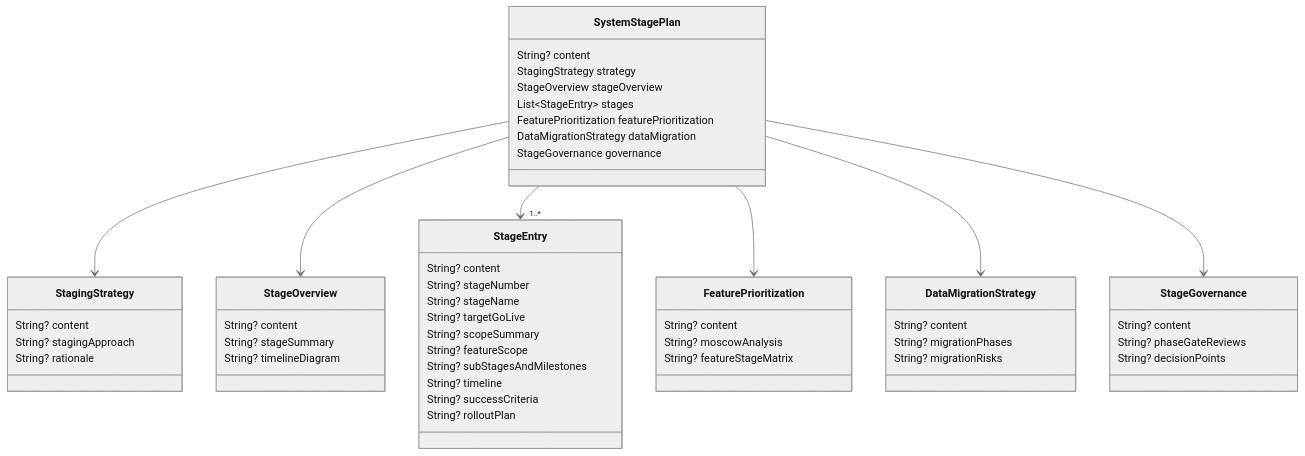
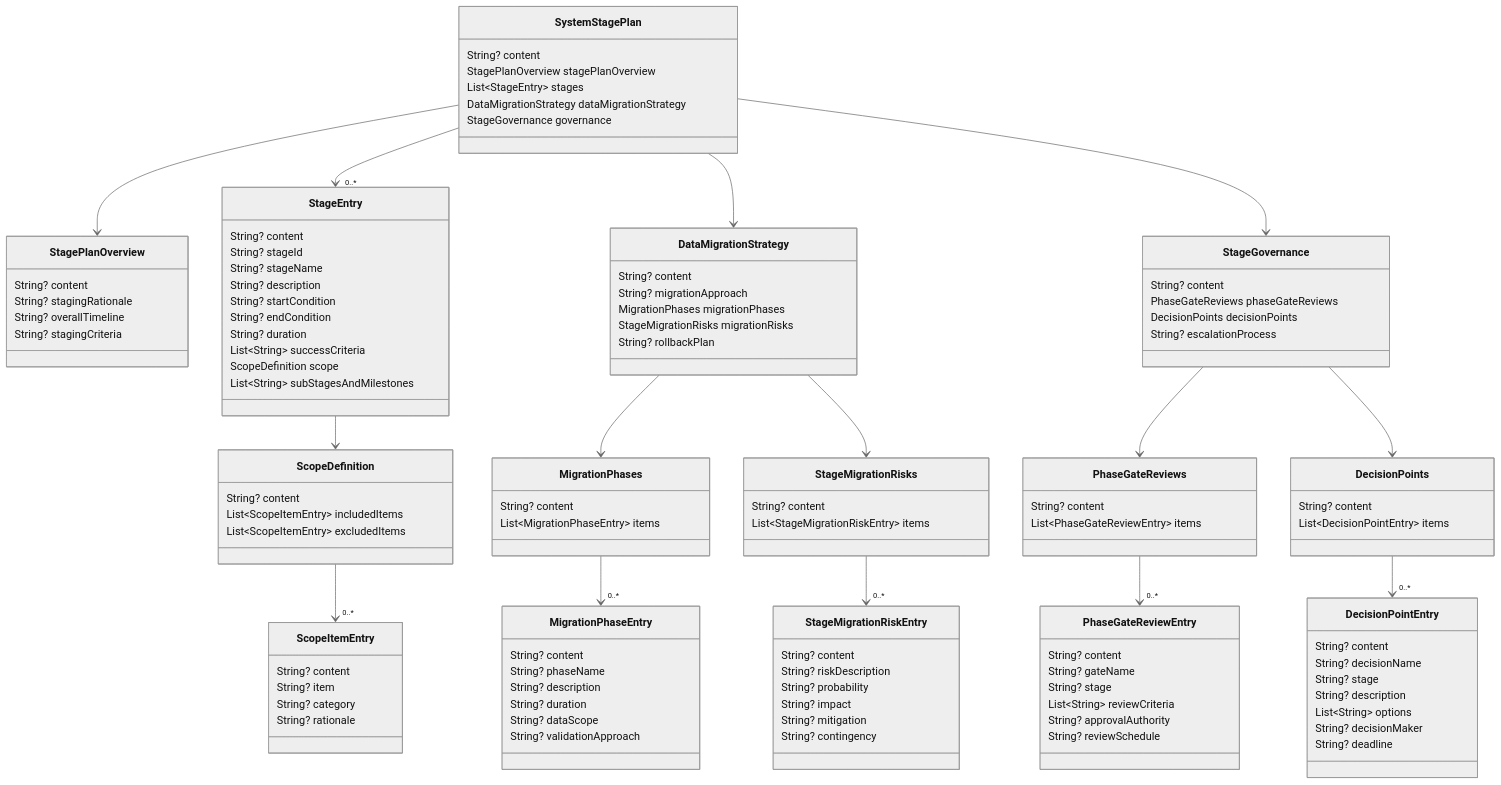
One commit to al-the-bear/tom_ai_build changed diagram 21 of 22 in tom_specs_model/doc/pd_project_definition_model.md. Above: the diagram before and after it, drawn with Mermaid (neutral theme). The commit also changed other lines of this file and 15 other files, not shown here.

````diff
--- a/tom_specs_model/doc/pd_project_definition_model.md
+++ b/tom_specs_model/doc/pd_project_definition_model.md
@@ -1396,61 +1776,129 @@
 classDiagram
     class SystemStagePlan {
         String? content
-        StagingStrategy strategy
-        StageOverview stageOverview
+        StagePlanOverview stagePlanOverview
         List~StageEntry~ stages
-        FeaturePrioritization featurePrioritization
-        DataMigrationStrategy dataMigration
+        DataMigrationStrategy dataMigrationStrategy
         StageGovernance governance
     }
 
-    class StagingStrategy {
+    class StagePlanOverview {
         String? content
-        String? stagingApproach
-        String? rationale
-    }
-
-    class StageOverview {
-        String? content
-        String? stageSummary
-        String? timelineDiagram
+        String? stagingRationale
+        String? overallTimeline
+        String? stagingCriteria
     }
 
     class StageEntry {
         String? content
-        String? stageNumber
+        String? stageId
         String? stageName
-        String? targetGoLive
-        String? scopeSummary
-        String? featureScope
-        String? subStagesAndMilestones
-        String? timeline
-        String? successCriteria
-        String? rolloutPlan
+        String? description
+        String? startCondition
+        String? endCondition
+        String? duration
+        List~String~ successCriteria
+        ScopeDefinition scope
+        List~String~ subStagesAndMilestones
     }
 
-    class FeaturePrioritization {
+    class ScopeDefinition {
         String? content
-        String? moscowAnalysis
-        String? featureStageMatrix
+        List~ScopeItemEntry~ includedItems
+        List~ScopeItemEntry~ excludedItems
+    }
+
+    class ScopeItemEntry {
+        String? content
+        String? item
+        String? category
+        String? rationale
     }
 
     class DataMigrationStrategy {
         String? content
-        String? migrationPhases
-        String? migrationRisks
+        String? migrationApproach
+        MigrationPhases migrationPhases
+        StageMigrationRisks migrationRisks
+        String? rollbackPlan
+    }
+
+    class MigrationPhases {
+        String? content
+        List~MigrationPhaseEntry~ items
+    }
+
+    class MigrationPhaseEntry {
+        String? content
+        String? phaseName
+        String? description
+        String? duration
+        String? dataScope
+        String? validationApproach
+    }
+
+    class StageMigrationRisks {
+        String? content
+        List~StageMigrationRiskEntry~ items
+    }
+
+    class StageMigrationRiskEntry {
+        String? content
+        String? riskDescription
+        String? probability
+        String? impact
+        String? mitigation
+        String? contingency
     }
 
     class StageGovernance {
         String? content
-        String? phaseGateReviews
-        String? decisionPoints
+        PhaseGateReviews phaseGateReviews
+        DecisionPoints decisionPoints
+        String? escalationProcess
     }
 
-    SystemStagePlan --> StagingStrategy
-    SystemStagePlan --> StageOverview
-    SystemStagePlan --> "1..*" StageEntry
-    SystemStagePlan --> FeaturePrioritization
+    class PhaseGateReviews {
+        String? content
+        List~PhaseGateReviewEntry~ items
+    }
+
+    class PhaseGateReviewEntry {
+        String? content
+        String? gateName
+        String? stage
+        List~String~ reviewCriteria
+        String? approvalAuthority
+        String? reviewSchedule
+    }
+
+    class DecisionPoints {
+        String? content
+        List~DecisionPointEntry~ items
+    }
+
+    class DecisionPointEntry {
+        String? content
+        String? decisionName
+        String? stage
+        String? description
+        List~String~ options
+        String? decisionMaker
+        String? deadline
+    }
+
+    SystemStagePlan --> StagePlanOverview
+    SystemStagePlan --> "0..*" StageEntry
     SystemStagePlan --> DataMigrationStrategy
     SystemStagePlan --> StageGovernance
+    StageEntry --> ScopeDefinition
+    ScopeDefinition --> "0..*" ScopeItemEntry
+    DataMigrationStrategy --> MigrationPhases
+    DataMigrationStrategy --> StageMigrationRisks
+    MigrationPhases --> "0..*" MigrationPhaseEntry
+    StageMigrationRisks --> "0..*" StageMigrationRiskEntry
+    StageGovernance --> PhaseGateReviews
+    StageGovernance --> DecisionPoints
+    PhaseGateReviews --> "0..*" PhaseGateReviewEntry
+    DecisionPoints --> "0..*" DecisionPointEntry
 ```
````
